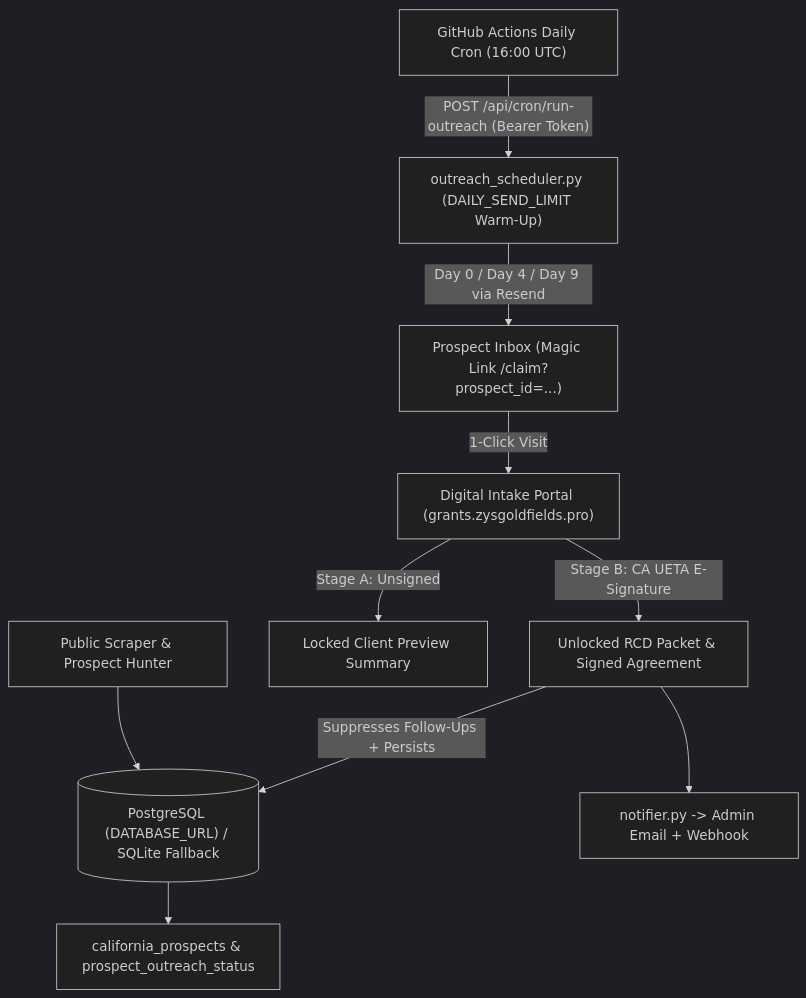
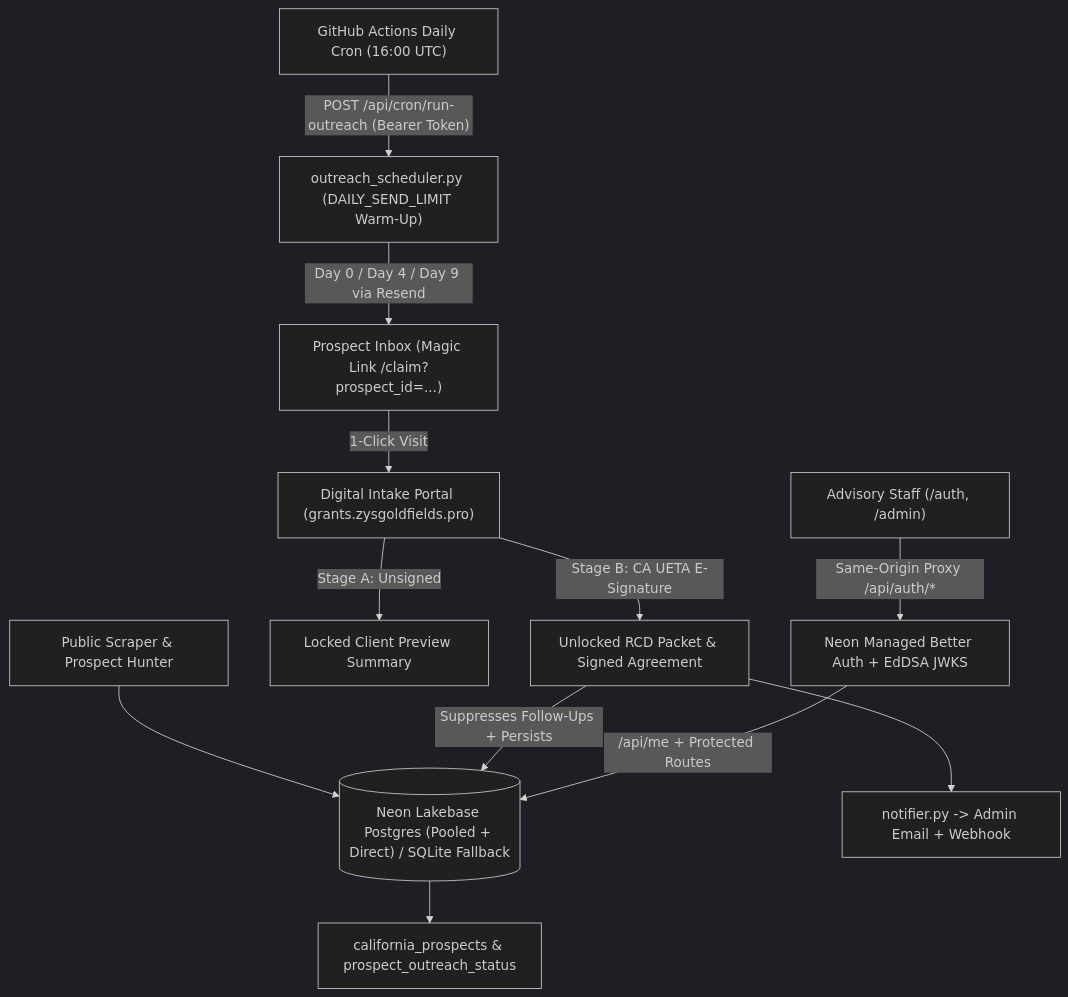
One commit to yellowrabbit17/zys-goldfields-intake changed the diagram in README.md. Above: the diagram before and after it, drawn with Mermaid (dark theme). The commit also changed other lines of this file and 24 other files, not shown here.

Commit message:
feat: integrate Neon Lakebase Postgres (pooled/direct + HTTP SQL fallback) and Neon Managed Better Auth

````diff
--- a/README.md
+++ b/README.md
@@ -34,12 +40,14 @@
 ```mermaid
 flowchart TD
-    A["Public Scraper & Prospect Hunter"] --> B[("PostgreSQL (DATABASE_URL) / SQLite Fallback")]
+    A["Public Scraper & Prospect Hunter"] --> B[("Neon Lakebase Postgres (Pooled + Direct) / SQLite Fallback")]
     B --> C["california_prospects & prospect_outreach_status"]
     D["GitHub Actions Daily Cron (16:00 UTC)"] -->|"POST /api/cron/run-outreach (Bearer Token)"| E["outreach_scheduler.py (DAILY_SEND_LIMIT Warm-Up)"]
     E -->|"Day 0 / Day 4 / Day 9 via Resend"| F["Prospect Inbox (Magic Link /claim?prospect_id=...)"]
     F -->|"1-Click Visit"| G["Digital Intake Portal (grants.zysgoldfields.pro)"]
     G -->|"Stage A: Unsigned"| H["Locked Client Preview Summary"]
     G -->|"Stage B: CA UETA E-Signature"| I["Unlocked RCD Packet & Signed Agreement"]
     I -->|"Suppresses Follow-Ups + Persists"| B
     I --> J["notifier.py -> Admin Email + Webhook"]
+    K["Advisory Staff (/auth, /admin)"] -->|"Same-Origin Proxy /api/auth/*"| L["Neon Managed Better Auth + EdDSA JWKS"]
+    L -->|"/api/me + Protected Routes"| B
 ```
````
